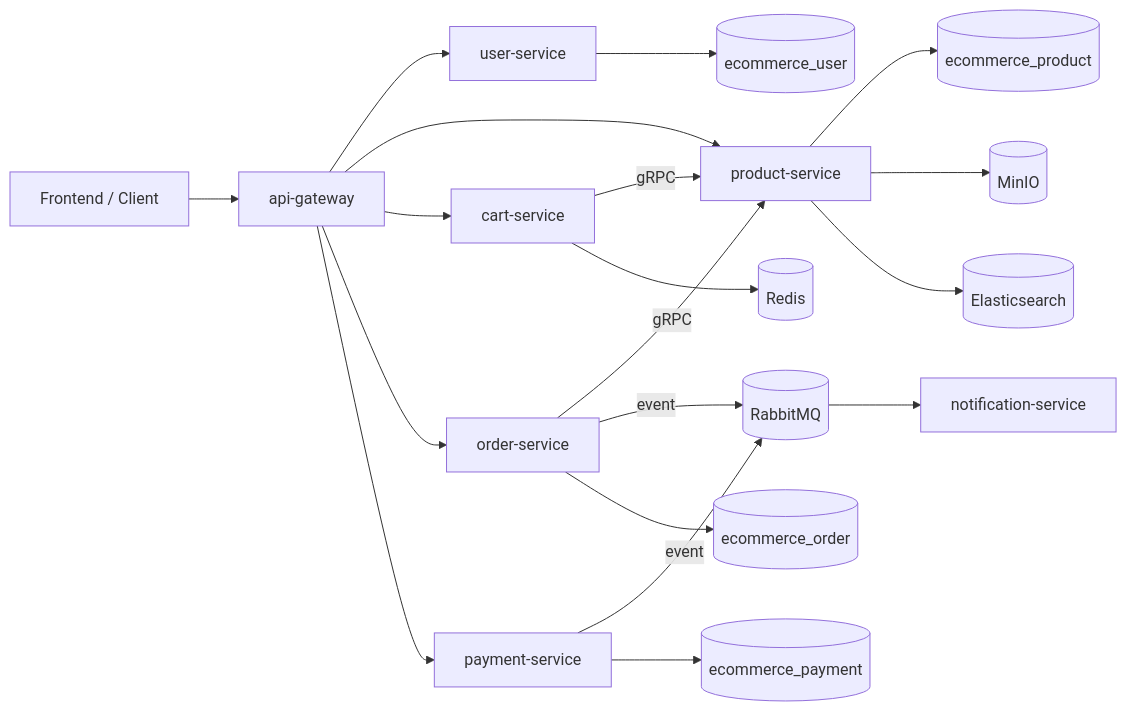
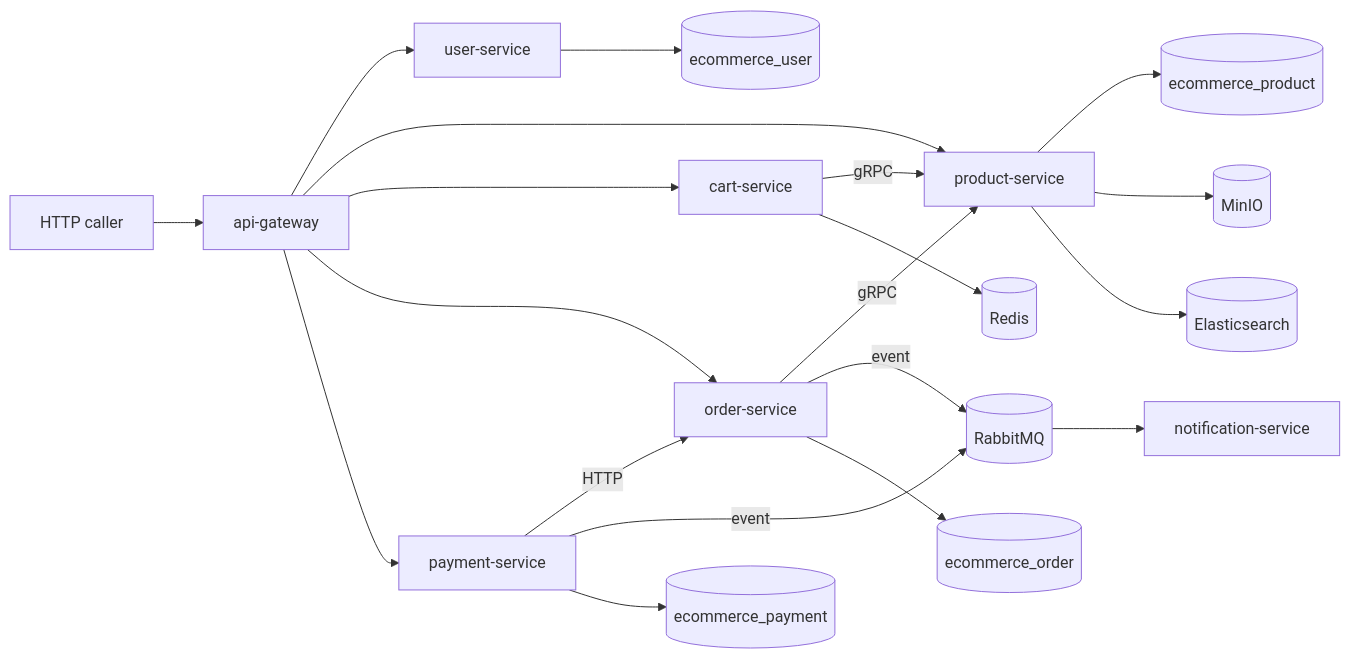
The diagram in README.md (NguyenDung278/E-CommerceMicroservicesPlatform), drawn with Mermaid before and after one commit. The commit also changed other lines of this file and 7 other files, not shown here.

````diff
--- a/README.md
+++ b/README.md
@@ -35,21 +21,22 @@
 ```mermaid
 flowchart LR
-    Browser[Frontend / Client] --> Gateway[api-gateway]
+    Caller[HTTP caller] --> Gateway[api-gateway]
     Gateway --> User[user-service]
     Gateway --> Product[product-service]
     Gateway --> Cart[cart-service]
     Gateway --> Order[order-service]
     Gateway --> Payment[payment-service]
     Cart -->|gRPC| Product
     Order -->|gRPC| Product
+    Payment -->|HTTP| Order
     Order -->|event| RabbitMQ[(RabbitMQ)]
     Payment -->|event| RabbitMQ
     RabbitMQ --> Notification[notification-service]
     User --> UserDB[(ecommerce_user)]
     Product --> ProductDB[(ecommerce_product)]
     Order --> OrderDB[(ecommerce_order)]
     Payment --> PaymentDB[(ecommerce_payment)]
     Cart --> Redis[(Redis)]
     Product --> MinIO[(MinIO)]
     Product --> Elasticsearch[(Elasticsearch)]
 ```
````
